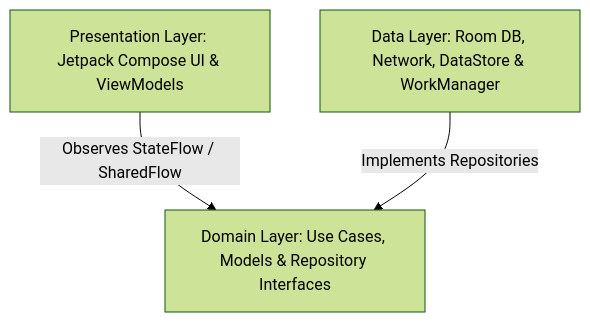
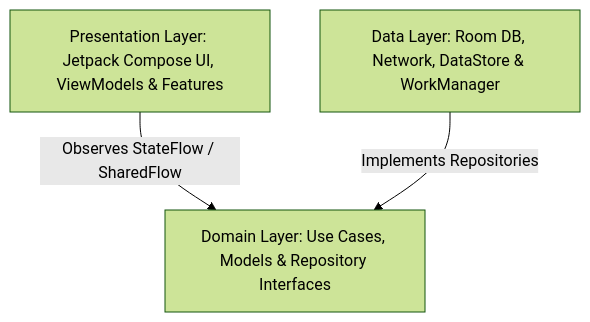
One commit to almuheetushihab/Skillflow-Kotlin changed the diagram in README.md. Above: the diagram before and after it, drawn with Mermaid (forest theme). The commit also changed other lines of this file, not shown here.

````diff
--- a/README.md
+++ b/README.md
@@ -88,5 +90,5 @@
 ```mermaid
 graph TD
-    A[Presentation Layer: Jetpack Compose UI & ViewModels] -->|Observes StateFlow / SharedFlow| B[Domain Layer: Use Cases, Models & Repository Interfaces]
+    A[Presentation Layer: Jetpack Compose UI, ViewModels & Features] -->|Observes StateFlow / SharedFlow| B[Domain Layer: Use Cases, Models & Repository Interfaces]
     C[Data Layer: Room DB, Network, DataStore & WorkManager] -->|Implements Repositories| B
 ```
````
